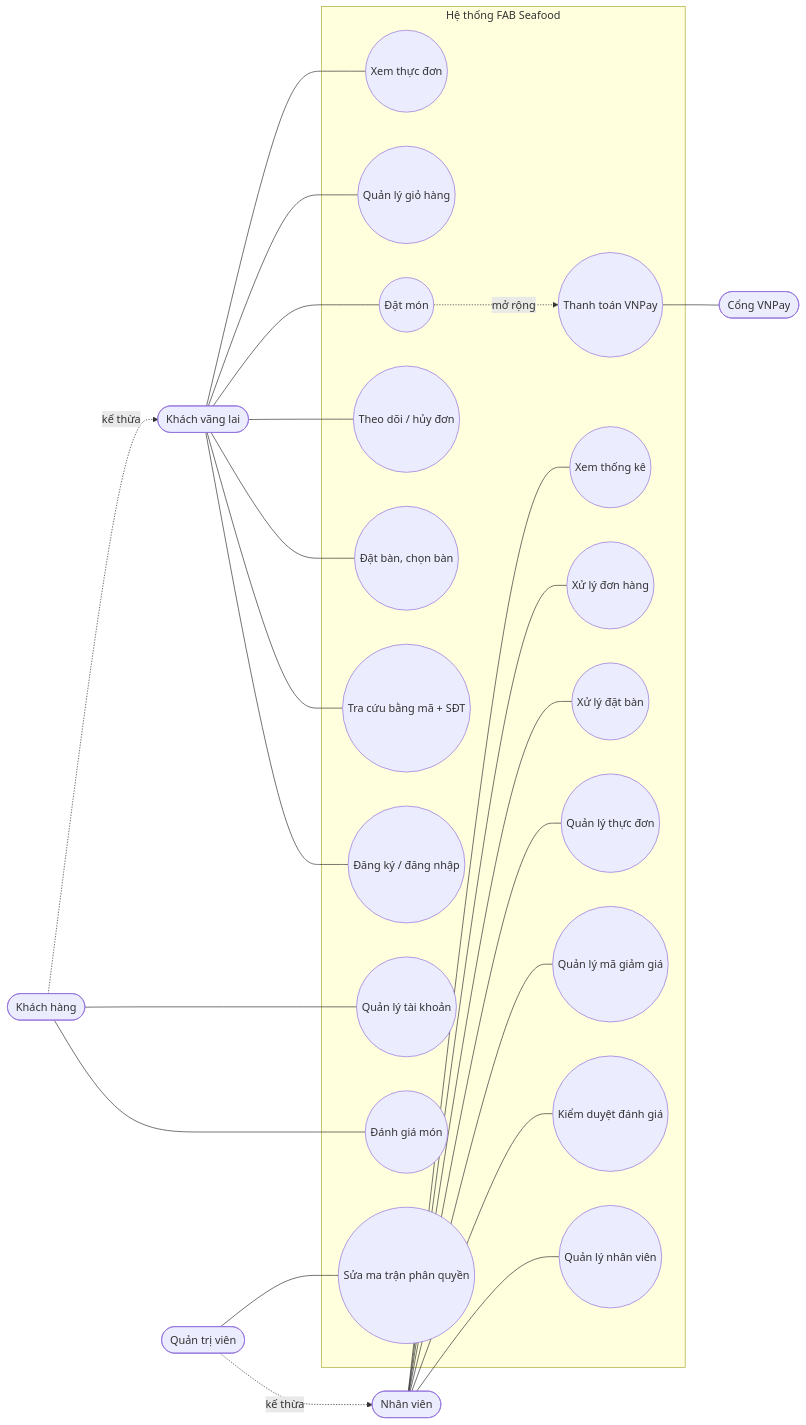
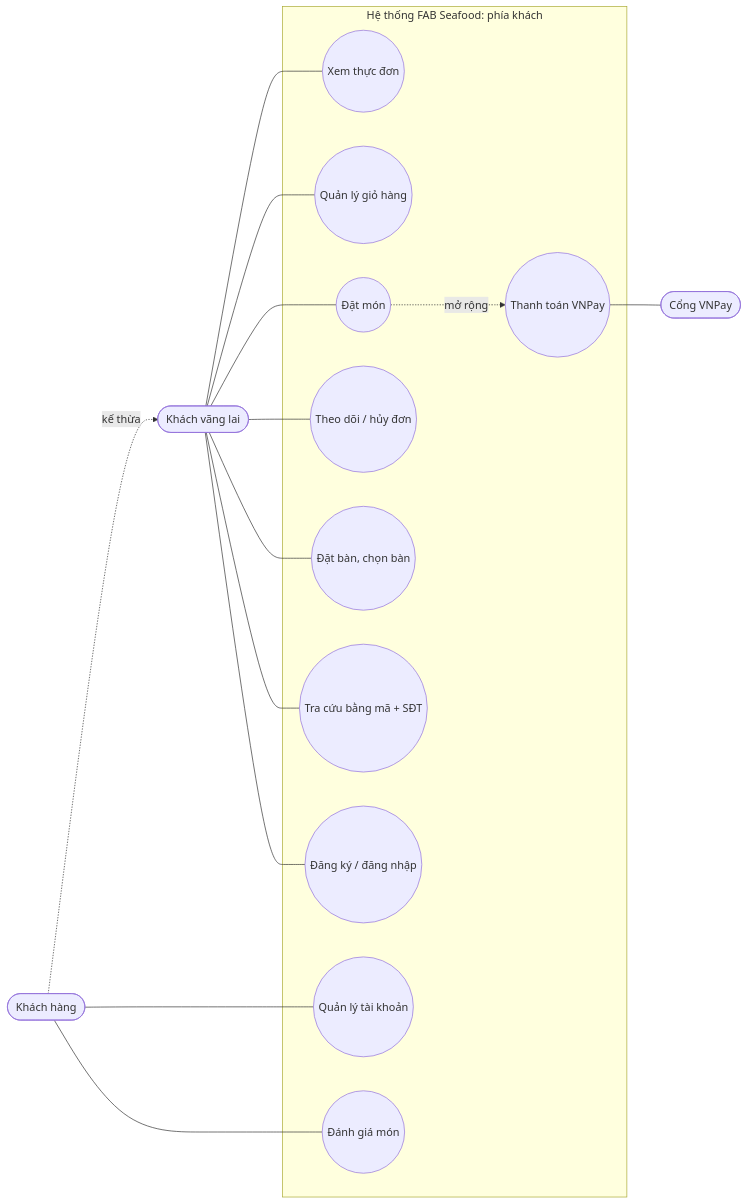
Before and after one commit to vodinhnguu/fab-restaurant: the second of 18 diagrams in docs/17-tu-lieu-viet-bao-cao.md, drawn with Mermaid. The commit also changed other lines of this file and 178 other files, not shown here.

First line of the commit message:
App phục vụ, ăn tại quán, kỹ thuật bảo trì; thực đơn hải sản bán theo kg, cân tại hồ, Best seller

````diff
--- a/docs/17-tu-lieu-viet-bao-cao.md
+++ b/docs/17-tu-lieu-viet-bao-cao.md
@@ -300,38 +359,25 @@
 ```mermaid
 flowchart LR
     KV([Khách vãng lai])
     KH([Khách hàng])
-    NV([Nhân viên])
-    AD([Quản trị viên])
     VNP([Cổng VNPay])
 
-    subgraph HT[Hệ thống FAB Seafood]
+    subgraph HT[Hệ thống FAB Seafood: phía khách]
       U1((Xem thực đơn))
       U2((Quản lý giỏ hàng))
       U3((Đặt món))
       U4((Thanh toán VNPay))
       U5((Theo dõi / hủy đơn))
       U6((Đặt bàn, chọn bàn))
       U7((Tra cứu bằng mã + SĐT))
       U8((Đăng ký / đăng nhập))
       U9((Quản lý tài khoản))
       U10((Đánh giá món))
-      A1((Xem thống kê))
-      A2((Xử lý đơn hàng))
-      A3((Xử lý đặt bàn))
-      A4((Quản lý thực đơn))
-      A5((Quản lý mã giảm giá))
-      A6((Kiểm duyệt đánh giá))
-      A7((Quản lý nhân viên))
-      A8((Sửa ma trận phân quyền))
     end
 
     KV --- U1 & U2 & U3 & U5 & U6 & U7 & U8
     KH --- U9 & U10
     KH -. kế thừa .-> KV
     U3 -. mở rộng .-> U4
     U4 --- VNP
-    NV --- A1 & A2 & A3 & A4 & A5 & A6 & A7
-    AD -. kế thừa .-> NV
-    AD --- A8
 ```
````
